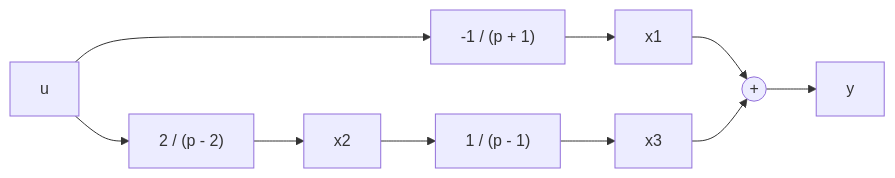
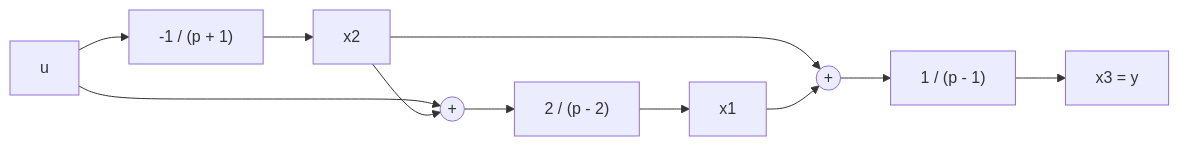
The diagram in content/AU425-Automatique-avance/td/td2-commande-avancee.md (matheo-guillevic/REVISION), drawn with Mermaid before and after one commit. The commit also changed other lines of this file, not shown here.

````diff
--- a/content/AU425-Automatique-avance/td/td2-commande-avancee.md
+++ b/content/AU425-Automatique-avance/td/td2-commande-avancee.md
@@ -47,12 +47,13 @@
 ```mermaid
 flowchart LR
     U[u] --> B1["-1 / (p + 1)"]
-    U --> B2["2 / (p - 2)"]
-    B1 --> X1["x1"]
-    B2 --> X2["x2"]
-    X2 --> B3["1 / (p - 1)"]
-    B3 --> X3["x3"]
-    X1 --> Add((+))
-    X3 --> Add
-    Add --> Y["y"]
+    U --> AddIn((+))
+    B1 --> X2["x2"]
+    X2 --> AddIn
+    AddIn --> B2["2 / (p - 2)"]
+    B2 --> X1["x1"]
+    X2 --> Add((+))
+    X1 --> Add
+    Add --> B3["1 / (p - 1)"]
+    B3 --> X3["x3 = y"]
 ```
````
